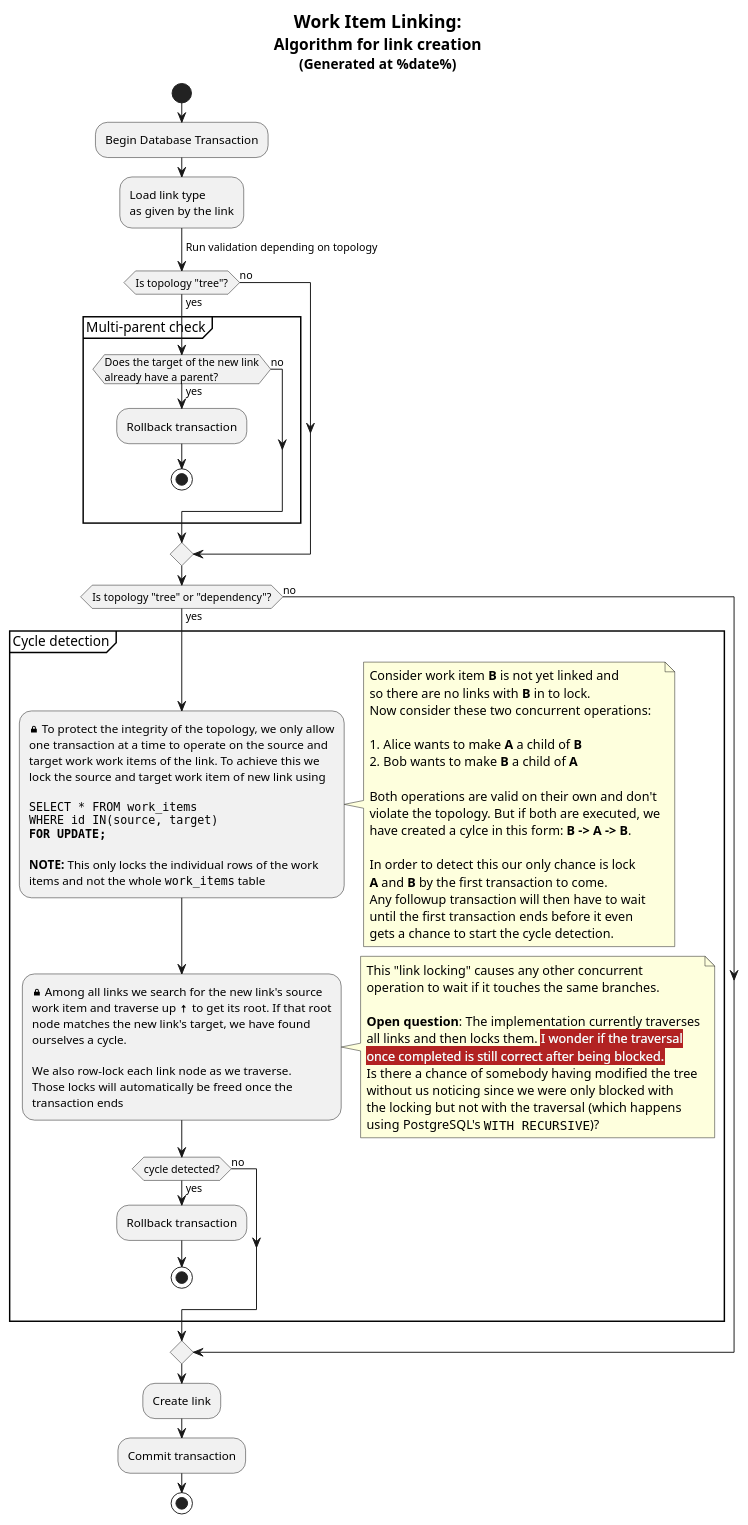
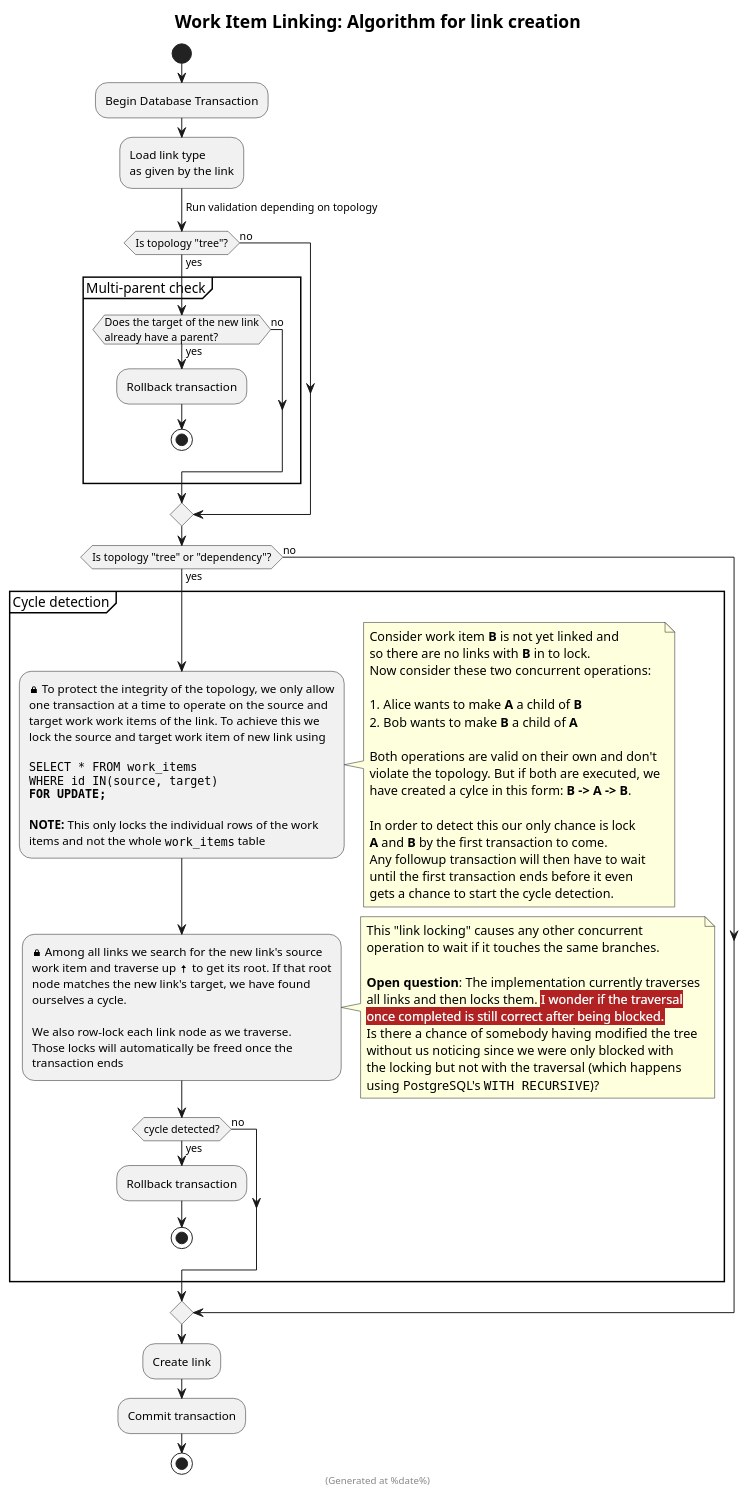
One commit to fabric8-services/fabric8-wit changed the diagram in workitem/link/link_creation.puml. Above: the diagram before and after it, drawn with PlantUML.

Commit message:
optimize header and footer

```diff
--- a/workitem/link/link_creation.puml
+++ b/workitem/link/link_creation.puml
@@ -1,104 +1,106 @@
 @startuml
 
 ' This is a PlantUML activity diagram.
 ' To generate a PNG diagram from this file follow these steps:
 ' $ wget -o plantuml.jar http://sourceforge.net/projects/plantuml/files/plantuml.jar/download
 ' $ java -jar plantuml.jar -verbose link_creation.puml
 
 skinparam titleBorderRoundCorner 15
 skinparam titleBorderThickness 2
 skinparam monochrome false
 
 title 
-    = Work Item Linking:
-    == Algorithm for link creation
-    (Generated at %date%)
+    = Work Item Linking: Algorithm for link creation
 end title
+
+footer
+(Generated at %date%)
+end footer
 
 start
 :Begin Database Transaction;
 :Load link type
 as given by the link;
 ->Run validation depending on topology;
 
 
 if (Is topology "tree"?) then (yes)
     partition "Multi-parent check" {        
         if (Does the target of the new link\nalready have a parent?) then (yes)
             :Rollback transaction;
             stop
         else (no)
         endif    
     }
 else (no)
 endif
 
 
 if (Is topology "tree" or "dependency"?) then (yes)
     partition "Cycle detection" {
         :<&lock-locked> To protect the integrity of the topology, we only allow
         one transaction at a time to operate on the source and
         target work work items of the link. To achieve this we
         lock the source and target work item of new link using
 
         ""SELECT * FROM work_items""
         ""WHERE id IN(source, target)""
         **""FOR UPDATE;""**
 
         **NOTE:** This only locks the individual rows of the work
         items and not the whole ""work_items"" table;
         note right
             Consider work item **B** is not yet linked and
             so there are no links with **B** in to lock.
             Now consider these two concurrent operations:
 
             # Alice wants to make **A** a child of **B**
             # Bob wants to make **B** a child of **A**
 
             Both operations are valid on their own and don't
             violate the topology. But if both are executed, we
             have created a cylce in this form: **B -> A -> B**.
 
             In order to detect this our only chance is lock
             **A** and **B** by the first transaction to come.
             Any followup transaction will then have to wait
             until the first transaction ends before it even
             gets a chance to start the cycle detection.
         end note
         
         :<&lock-locked> Among all links we search for the new link's source
         work item and traverse up <&arrow-top> to get its root. If that root
         node matches the new link's target, we have found
         ourselves a cycle.
 
         We also row-lock each link node as we traverse.
         Those locks will automatically be freed once the
         transaction ends;
         note right
             This "link locking" causes any other concurrent
             operation to wait if it touches the same branches.
 
             **Open question**: The implementation currently traverses
             all links and then locks them. <back:FireBrick><color:white>I wonder if the traversal
             <back:FireBrick><color:white>once completed is still correct after being blocked.
             Is there a chance of somebody having modified the tree
             without us noticing since we were only blocked with
             the locking but not with the traversal (which happens
             using PostgreSQL's ""WITH RECURSIVE"")?
         end note
 
         if (cycle detected?) then (yes)
             :Rollback transaction;
             stop
         else (no)
         endif
     }
 else (no)    
 endif
 
 :Create link;
 :Commit transaction;
 
 stop
 
 @enduml
```
